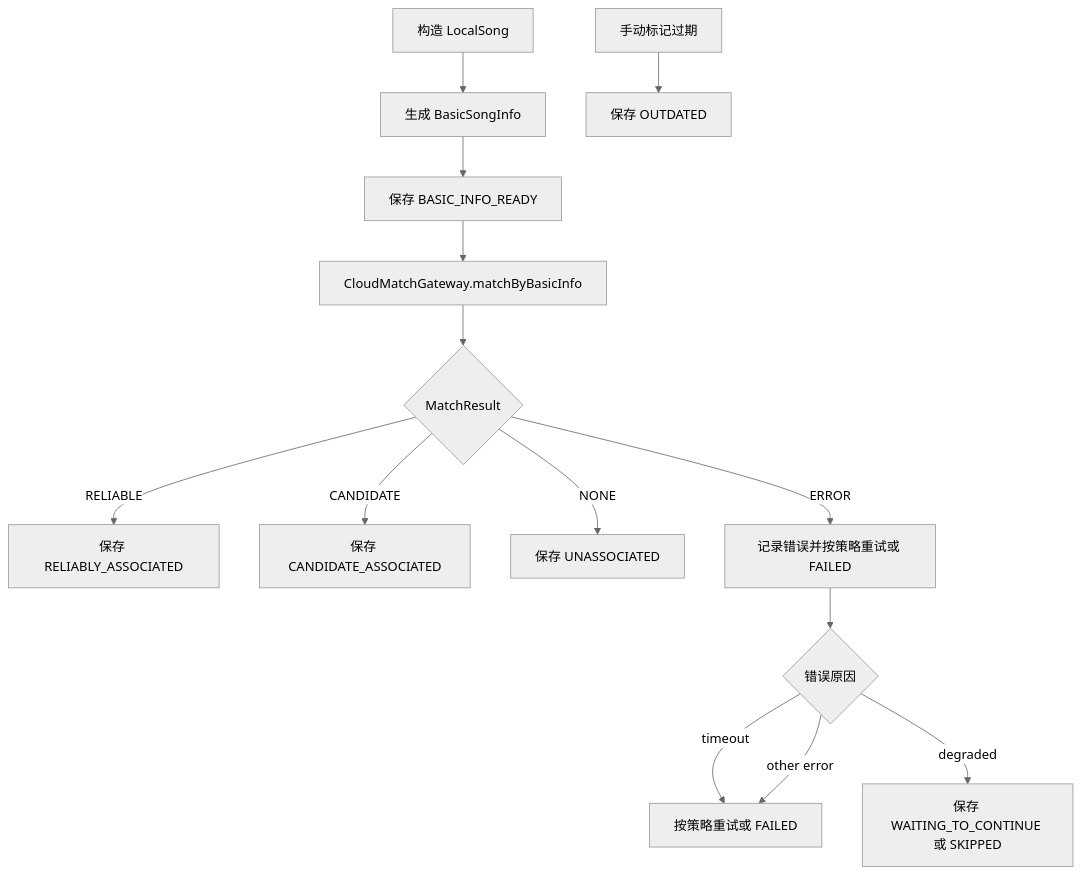
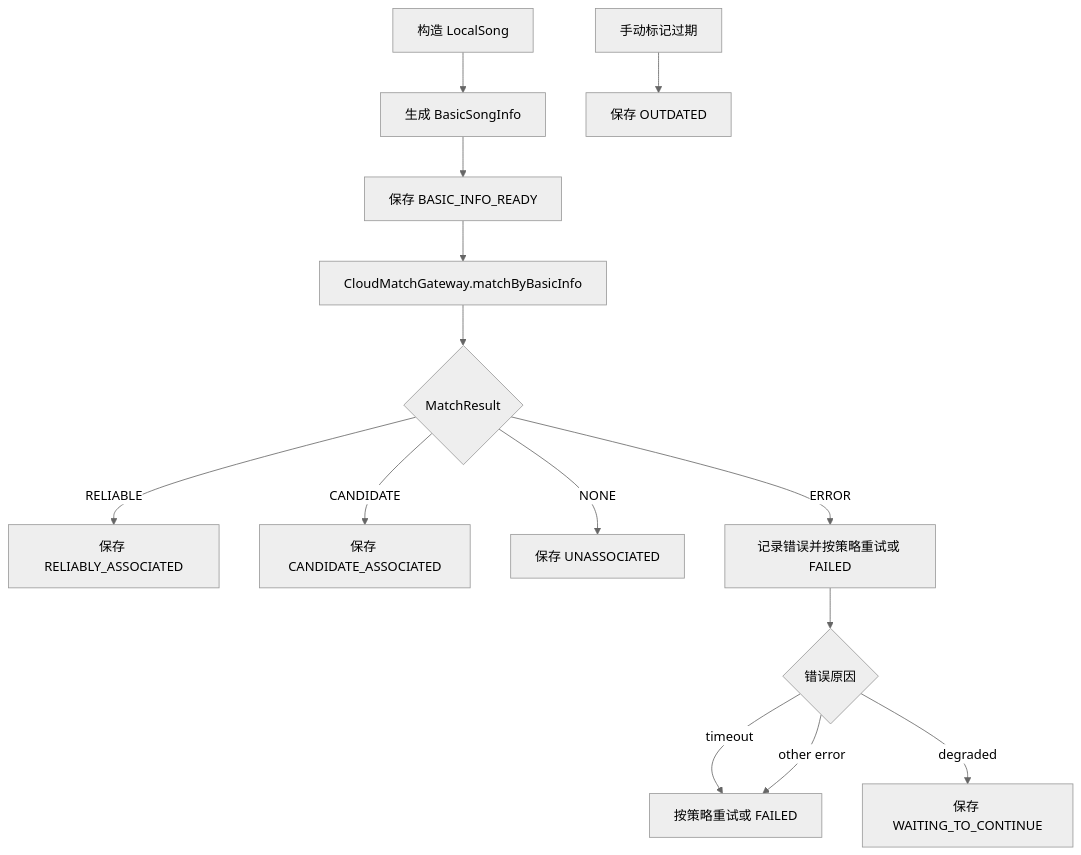
The diagram in .ai/prd/features/android-music-feature-extraction/mvp-plans/mvp-1-client-mock-loop.md (gengqifu/blaster), drawn with Mermaid (neutral theme) before and after one commit. The commit also changed other lines of this file and 2 other files, not shown here.

````diff
--- a/.ai/prd/features/android-music-feature-extraction/mvp-plans/mvp-1-client-mock-loop.md
+++ b/.ai/prd/features/android-music-feature-extraction/mvp-plans/mvp-1-client-mock-loop.md
@@ -194,16 +193,16 @@
 ```mermaid
 flowchart TD
     A[构造 LocalSong] --> B[生成 BasicSongInfo]
     B --> C[保存 BASIC_INFO_READY]
     C --> D[CloudMatchGateway.matchByBasicInfo]
     D --> E{MatchResult}
     E -->|RELIABLE| F[保存 RELIABLY_ASSOCIATED]
     E -->|CANDIDATE| G[保存 CANDIDATE_ASSOCIATED]
     E -->|NONE| H[保存 UNASSOCIATED]
     E -->|ERROR| I[记录错误并按策略重试或 FAILED]
     I --> J{错误原因}
     J -->|timeout| K[按策略重试或 FAILED]
-    J -->|degraded| L[保存 WAITING_TO_CONTINUE 或 SKIPPED]
+    J -->|degraded| L[保存 WAITING_TO_CONTINUE]
     J -->|other error| K
     M[手动标记过期] --> N[保存 OUTDATED]
 ```
````
